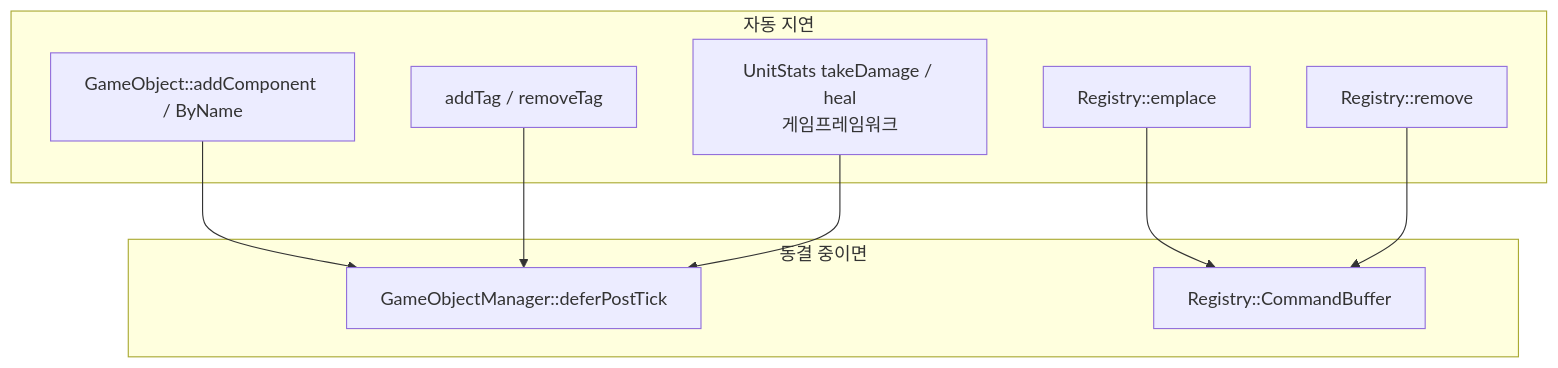
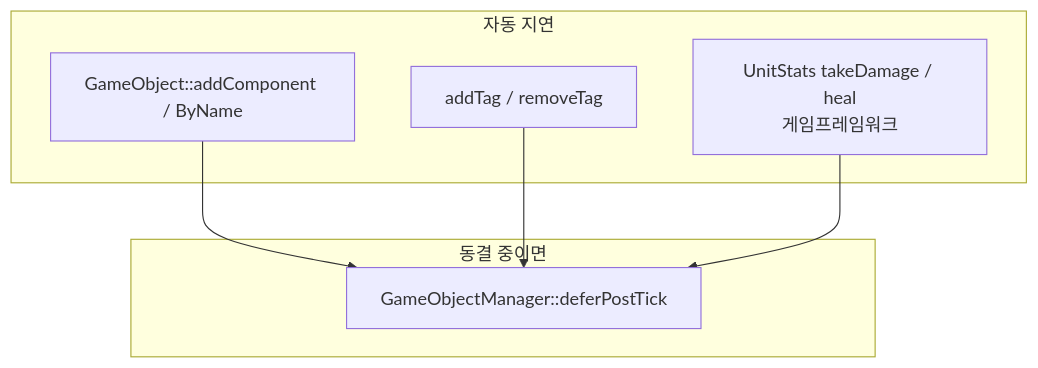
Before and after one commit to sswgame/LearningTemplate: the third of 3 diagrams in Source/Engine/Object/README.md, drawn with Mermaid. The commit also changed other lines of this file and 373 other files, not shown here.

````diff
--- a/Source/Engine/Object/README.md
+++ b/Source/Engine/Object/README.md
@@ -268,19 +260,14 @@
 ```mermaid
 flowchart TB
   subgraph auto ["자동 지연"]
     AC["GameObject::addComponent / ByName"]
-    EM["Registry::emplace"]
-    RM["Registry::remove"]
     TG["addTag / removeTag"]
     DM["UnitStats takeDamage / heal<br/>게임프레임워크"]
   end
   subgraph when ["동결 중이면"]
     PT["GameObjectManager::deferPostTick"]
-    CB["Registry::CommandBuffer"]
   end
   AC --> PT
   TG --> PT
   DM --> PT
-  EM --> CB
-  RM --> CB
 ```
````
